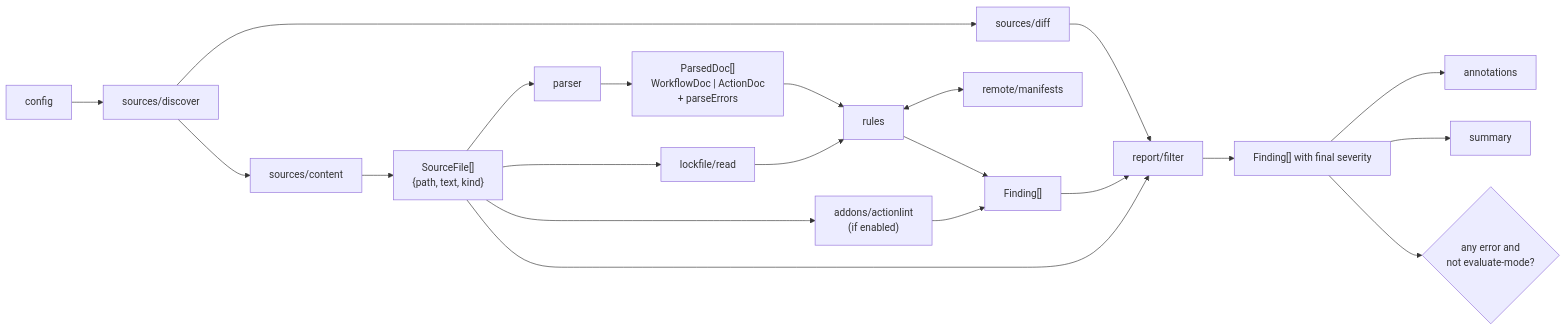
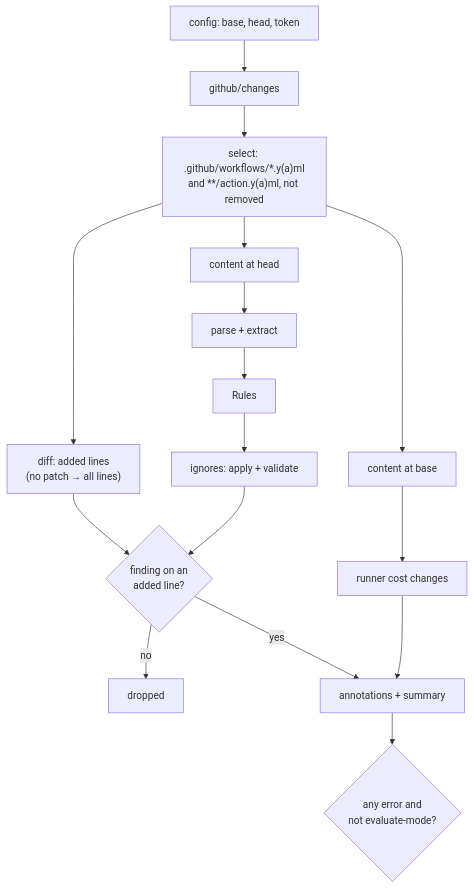
The first of 3 diagrams in changes/gha-workflow-validator-v2/design.md (smartcontractkit/.github), drawn with Mermaid before and after one commit. The commit also changed other lines of this file and 1 other file, not shown here.

````diff
--- a/changes/gha-workflow-validator-v2/design.md
+++ b/changes/gha-workflow-validator-v2/design.md
@@ -167,23 +63,16 @@
 ```mermaid
-flowchart LR
-  Cfg[config] --> Disc[sources/discover]
-  Disc --> Content[sources/content]
-  Disc --> Diff[sources/diff]
-  Content --> SF["SourceFile[]<br/>{path, text, kind}"]
-  SF --> Parse[parser]
-  Parse --> Docs["ParsedDoc[]<br/>WorkflowDoc | ActionDoc<br/>+ parseErrors"]
-  SF --> LF[lockfile/read]
-  Docs --> Rules[rules]
-  LF --> Rules
-  Rules <--> Remote[remote/manifests]
-  SF --> AL["addons/actionlint<br/>(if enabled)"]
-  Rules --> Raw["Finding[]"]
-  AL --> Raw
-  Diff --> Filter[report/filter]
-  Raw --> Filter
-  SF --> Filter
-  Filter --> Final["Finding[] with final severity"]
-  Final --> Ann[annotations]
-  Final --> Sum[summary]
-  Final --> Exit{"any error and<br/>not evaluate-mode?"}
+flowchart TD
+  Cfg[config: base, head, token] --> Ch[github/changes]
+  Ch --> Sel["select: .github/workflows/*.y(a)ml<br/>and **/action.y(a)ml, not removed"]
+  Sel --> Head[content at head]
+  Sel --> Diff["diff: added lines<br/>(no patch → all lines)"]
+  Head --> Parse[parse + extract]
+  Parse --> Rules
+  Rules --> Ign[ignores: apply + validate]
+  Diff --> Keep{"finding on an<br/>added line?"}
+  Ign --> Keep
+  Keep -- no --> Drop[dropped]
+  Keep -- yes --> Out[annotations + summary]
+  Sel --> Base[content at base] --> Cost[runner cost changes] --> Out
+  Out --> Exit{"any error and<br/>not evaluate-mode?"}
 ```
````
